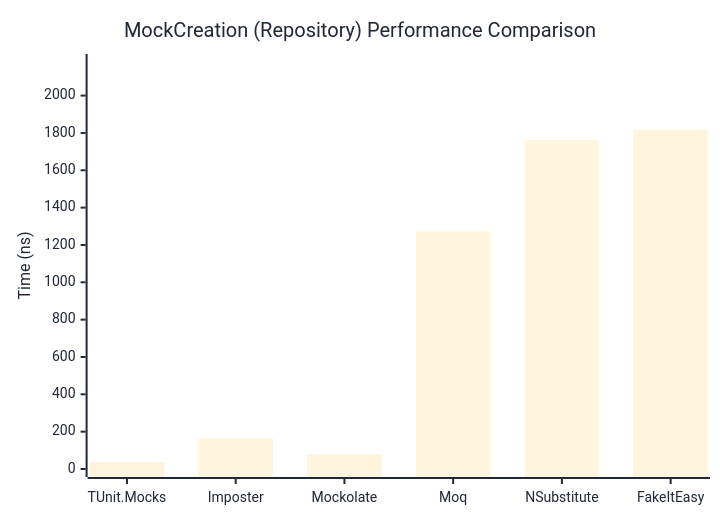
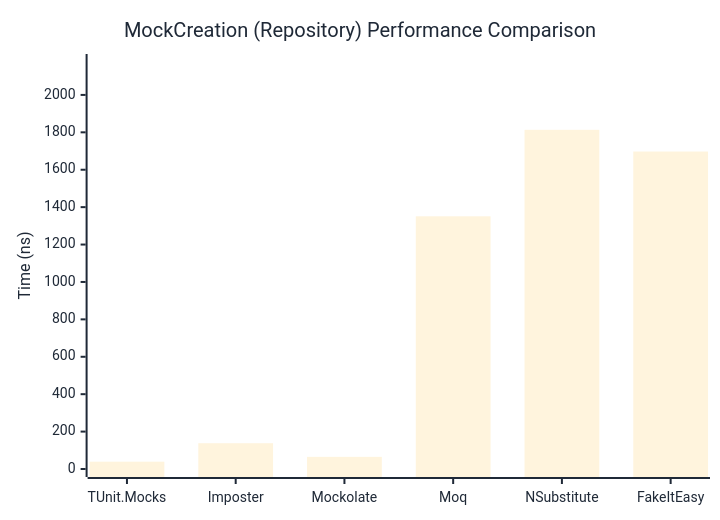
The second of 2 diagrams in docs/docs/benchmarks/mocks/MockCreation.md (thomhurst/TUnit), drawn with Mermaid before and after one commit. The commit also changed other lines of this file and 14 other files, not shown here.

````diff
--- a/docs/docs/benchmarks/mocks/MockCreation.md
+++ b/docs/docs/benchmarks/mocks/MockCreation.md
@@ -69,27 +69,27 @@
 ```mermaid
 %%{init: {
   'theme':'base',
   'themeVariables': {
     'primaryColor': '#2563eb',
     'primaryTextColor': '#1f2937',
     'primaryBorderColor': '#1e40af',
     'lineColor': '#6b7280',
     'secondaryColor': '#7c3aed',
     'tertiaryColor': '#dc2626',
     'background': '#ffffff',
     'pie1': '#2563eb',
     'pie2': '#7c3aed',
     'pie3': '#dc2626',
     'pie4': '#f59e0b',
     'pie5': '#10b981',
     'pie6': '#06b6d4',
     'pie7': '#ec4899',
     'pie8': '#6366f1'
   }
 }}%%
 xychart-beta
   title "MockCreation (Repository) Performance Comparison"
   x-axis ["TUnit.Mocks", "Imposter", "Mockolate", "Moq", "NSubstitute", "FakeItEasy"]
-  y-axis "Time (ns)" 0 --> 2180
-  bar [37.85, 164.57, 78.38, 1273.79, 1762.02, 1815.85]
+  y-axis "Time (ns)" 0 --> 2176
+  bar [39.14, 137.88, 65, 1350.96, 1813.33, 1697.35]
 ```
````
